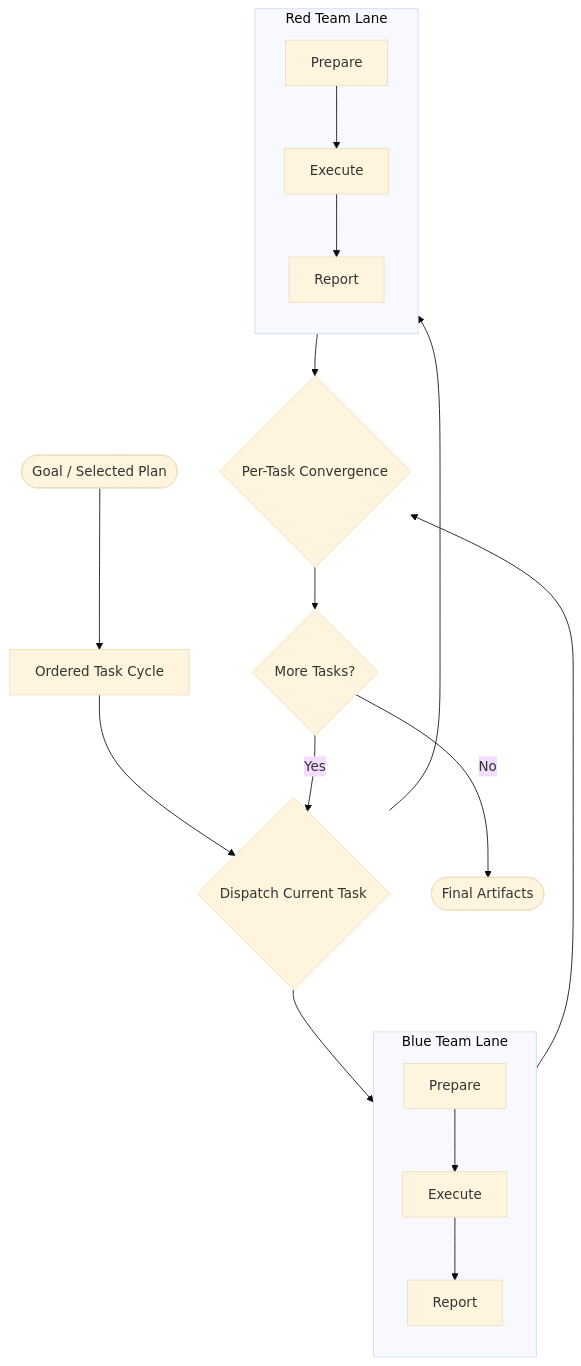
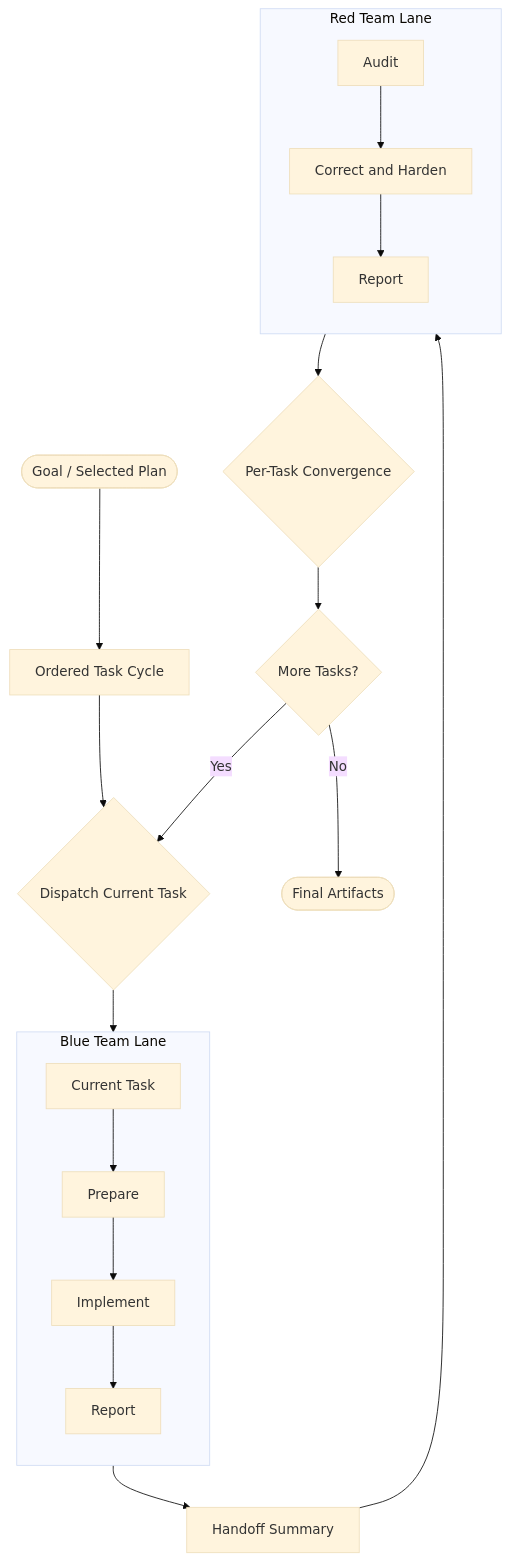
One commit to AlbertoMussali/Ralphite changed the third of 3 diagrams in README.md. Above: the diagram before and after it, drawn with Mermaid (base theme). The commit also changed other lines of this file, not shown here.

Commit message:
docs: correct blue_red README

````diff
--- a/README.md
+++ b/README.md
@@ -234,30 +234,31 @@
 ```mermaid
 flowchart TD
     A([Goal / Selected Plan]) --> Q[Ordered Task Cycle]
     Q --> D1{Dispatch Current Task}
 
-    D1 --> BL1
-    D1 --> RD1
-
     subgraph BLUE[Blue Team Lane]
         direction TB
+        BL0[Current Task]
         BL1[Prepare]
-        BL2[Execute]
+        BL2[Implement]
         BL3[Report]
-        BL1 --> BL2 --> BL3
+        BL0 --> BL1 --> BL2 --> BL3
     end
+
+    D1 --> BL0
+    BL3 --> H[Handoff Summary]
 
     subgraph RED[Red Team Lane]
         direction TB
-        RD1[Prepare]
-        RD2[Execute]
+        RD1[Audit]
+        RD2[Correct and Harden]
         RD3[Report]
         RD1 --> RD2 --> RD3
     end
 
-    BL3 --> D2{Per-Task Convergence}
-    RD3 --> D2
+    H --> RD1
+    RD3 --> D2{Per-Task Convergence}
     D2 --> N{More Tasks?}
     N -->|Yes| D1
     N -->|No| Z([Final Artifacts])
 ```
````
